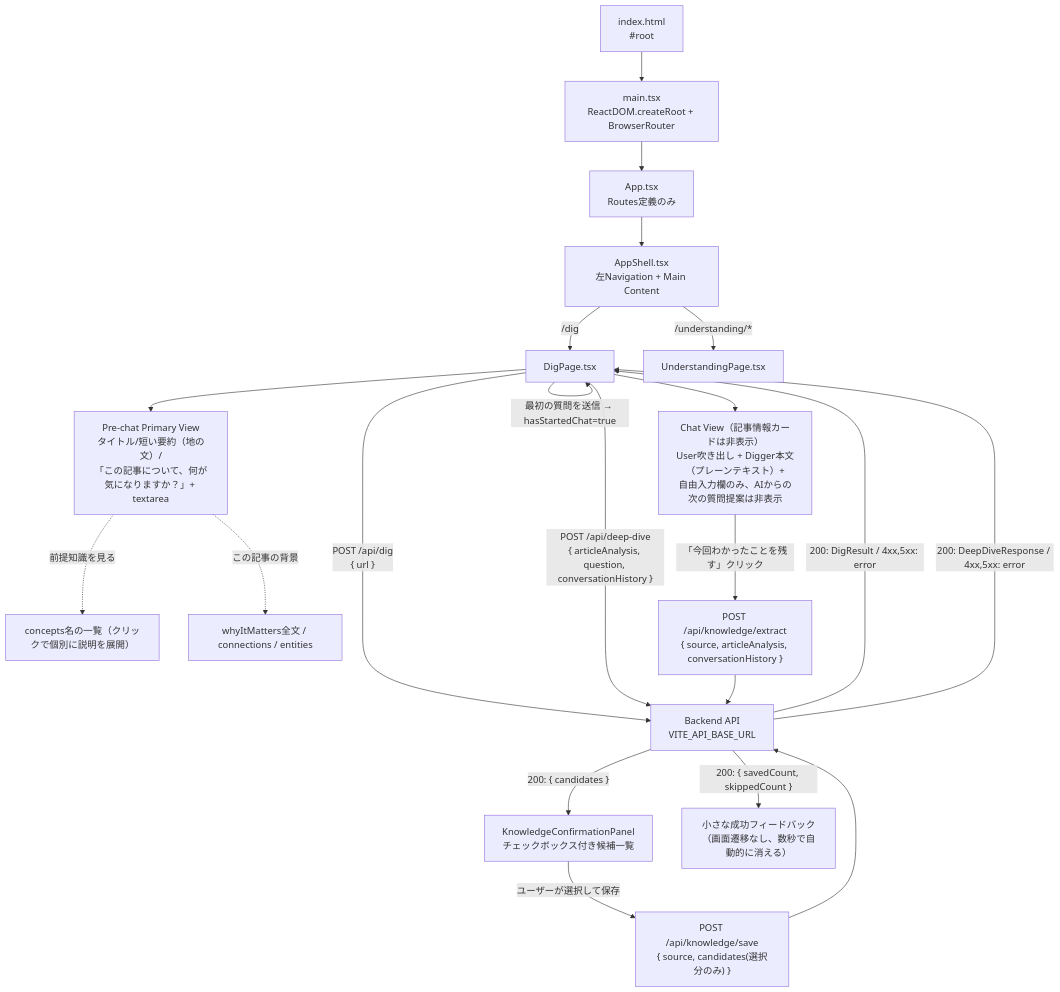
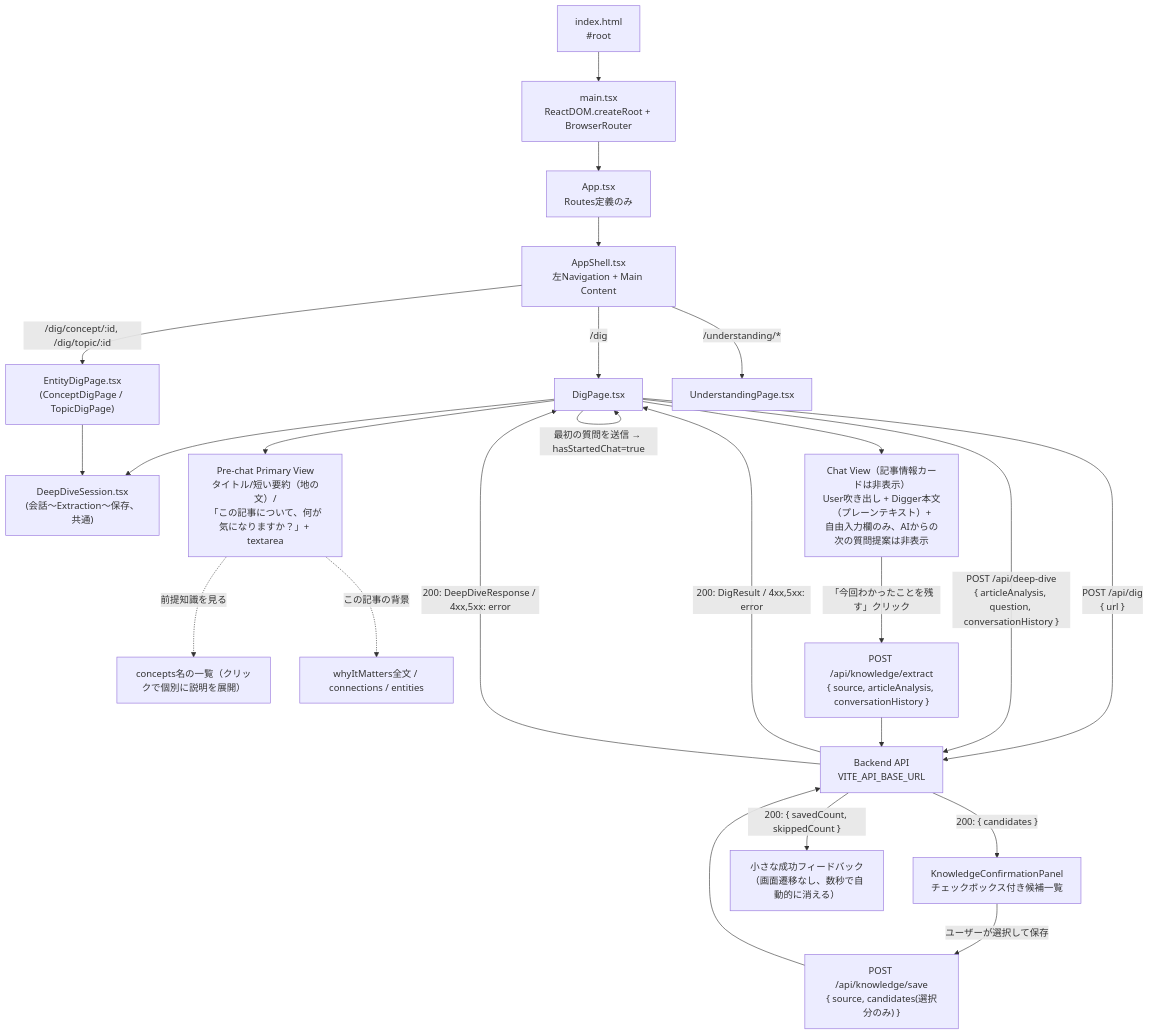
Before and after one commit to kokiwaku/digger: the diagram in frontend/README.md, drawn with Mermaid. The commit also changed other lines of this file and 19 other files, not shown here.

First line of the commit message:
自分の理解（Concept/Topic）を起点に、既存の理解からさらに掘れるようにする (#20)

````diff
--- a/frontend/README.md
+++ b/frontend/README.md
@@ -40,24 +43,27 @@
 ```mermaid
 flowchart TD
     A["index.html<br/>#root"] --> B["main.tsx<br/>ReactDOM.createRoot + BrowserRouter"]
     B --> Ap["App.tsx<br/>Routes定義のみ"]
     Ap --> Sh["AppShell.tsx<br/>左Navigation + Main Content"]
     Sh -->|"/dig"| C["DigPage.tsx"]
+    Sh -->|"/dig/concept/:id, /dig/topic/:id"| Ed["EntityDigPage.tsx<br/>(ConceptDigPage / TopicDigPage)"]
     Sh -->|"/understanding/*"| Up["UnderstandingPage.tsx"]
+    C --> Dd["DeepDiveSession.tsx<br/>(会話〜Extraction〜保存、共通)"]
+    Ed --> Dd
     C -->|"入力状態(url)<br/>結果状態(DigState)"| C
     C -->|"POST /api/dig<br/>{ url }"| F["Backend API<br/>VITE_API_BASE_URL"]
     F -->|"200: DigResult / 4xx,5xx: error"| C
     C --> G["Pre-chat Primary View<br/>タイトル/短い要約（地の文）/<br/>「この記事について、何が気になりますか？」+ textarea"]
     G -.->|"前提知識を見る"| G2b["concepts名の一覧（クリックで個別に説明を展開）"]
     G -.->|"この記事の背景"| G2c["whyItMatters全文 / connections / entities"]
     C -->|"最初の質問を送信 → hasStartedChat=true"| C
     C -->|"POST /api/deep-dive<br/>{ articleAnalysis, question, conversationHistory }"| F
     F -->|"200: DeepDiveResponse / 4xx,5xx: error"| C
     C --> H["Chat View（記事情報カードは非表示）<br/>User吹き出し + Digger本文（プレーンテキスト）+<br/>自由入力欄のみ、AIからの次の質問提案は非表示"]
     H -->|"「今回わかったことを残す」クリック"| I["POST /api/knowledge/extract<br/>{ source, articleAnalysis, conversationHistory }"]
     I --> F
     F -->|"200: { candidates }"| J["KnowledgeConfirmationPanel<br/>チェックボックス付き候補一覧"]
     J -->|"ユーザーが選択して保存"| K["POST /api/knowledge/save<br/>{ source, candidates(選択分のみ) }"]
     K --> F
     F -->|"200: { savedCount, skippedCount }"| L["小さな成功フィードバック<br/>（画面遷移なし、数秒で自動的に消える）"]
 ```
````
